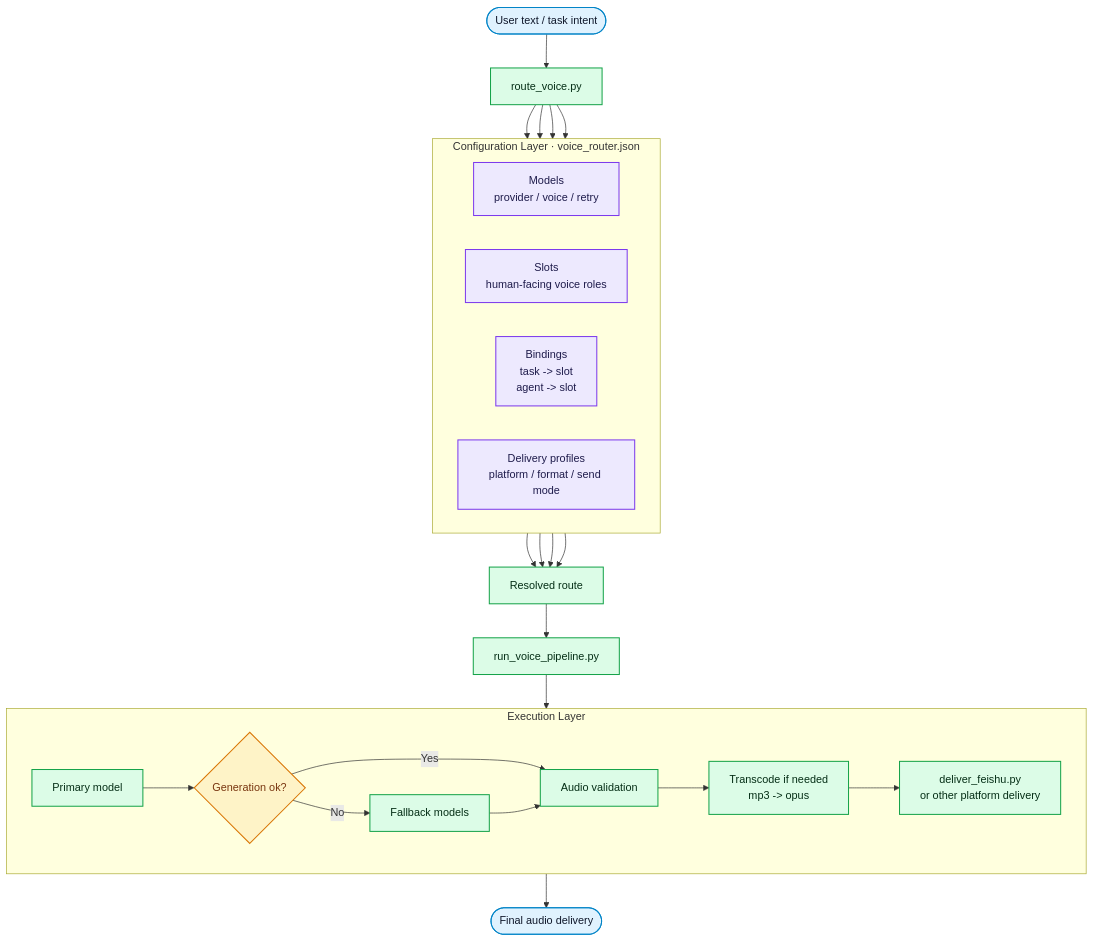
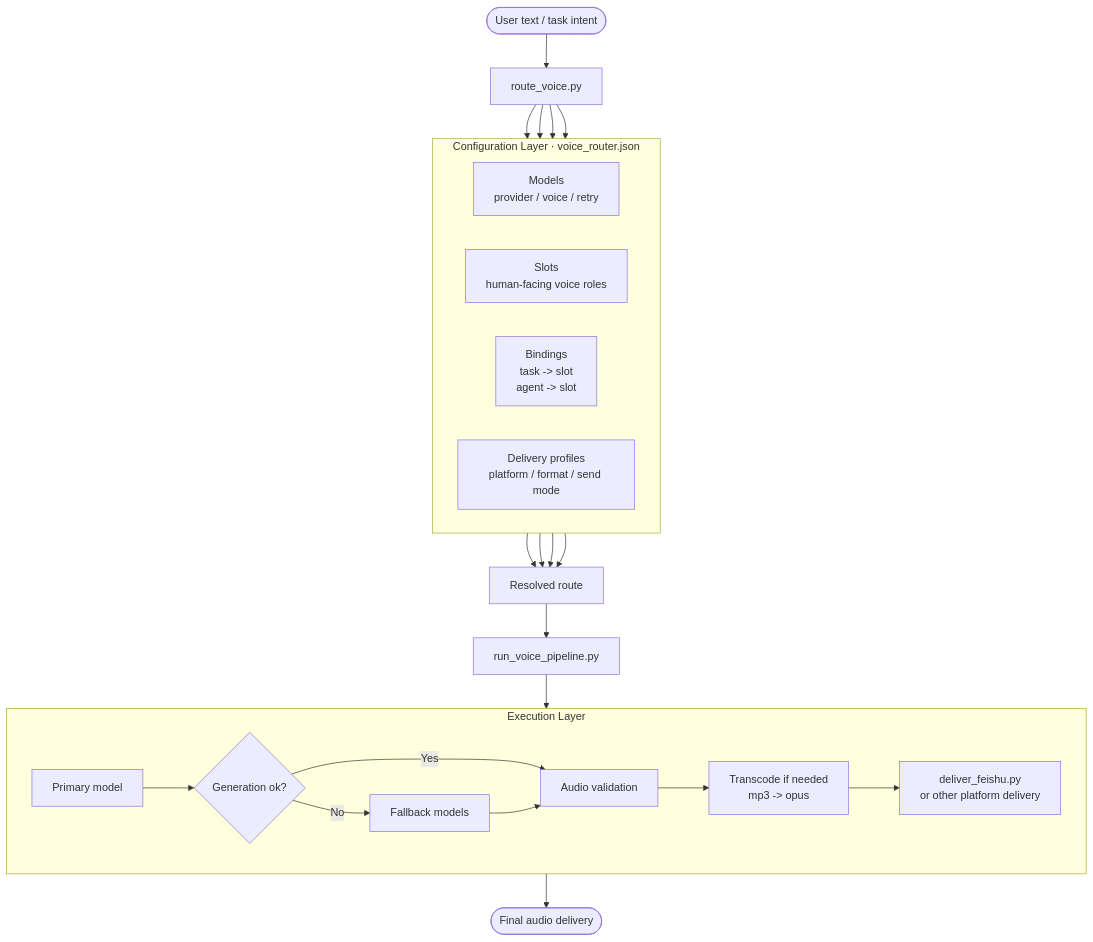
The diagram in README.md (mujiu612/voice-router), drawn with Mermaid before and after one commit. The commit also changed other lines of this file and 7 other files, not shown here.

````diff
--- a/README.md
+++ b/README.md
@@ -141,49 +90,38 @@
 ```mermaid
 flowchart TD
     A([User text / task intent]) --> B[route_voice.py]
 
     subgraph CONFIG[Configuration Layer · voice_router.json]
         direction LR
         C1[Models\nprovider / voice / retry]
         C2[Slots\nhuman-facing voice roles]
         C3[Bindings\ntask -> slot\nagent -> slot]
         C4[Delivery profiles\nplatform / format / send mode]
     end
 
     B --> C1
     B --> C2
     B --> C3
     B --> C4
     C1 --> D[Resolved route]
     C2 --> D
     C3 --> D
     C4 --> D
 
     D --> E[run_voice_pipeline.py]
 
     subgraph EXEC[Execution Layer]
         direction LR
         F1[Primary model]
         G{Generation ok?}
         F2[Fallback models]
         H[Audio validation]
         I[Transcode if needed\nmp3 -> opus]
         J[deliver_feishu.py\nor other platform delivery]
     end
 
     E --> F1 --> G
     G -- Yes --> H
     G -- No --> F2 --> H
     H --> I --> J --> K([Final audio delivery])
-
-    classDef entry fill:#e0f2fe,stroke:#0284c7,color:#0f172a,stroke-width:1.5px;
-    classDef config fill:#ede9fe,stroke:#7c3aed,color:#1e1b4b,stroke-width:1.5px;
-    classDef script fill:#dcfce7,stroke:#16a34a,color:#052e16,stroke-width:1.5px;
-    classDef decision fill:#fef3c7,stroke:#d97706,color:#78350f,stroke-width:1.5px;
-    classDef output fill:#fce7f3,stroke:#db2777,color:#500724,stroke-width:1.5px;
-
-    class A,K entry;
-    class C1,C2,C3,C4 config;
-    class B,D,E,F1,F2,H,I,J script;
-    class G decision;
 ```
````
